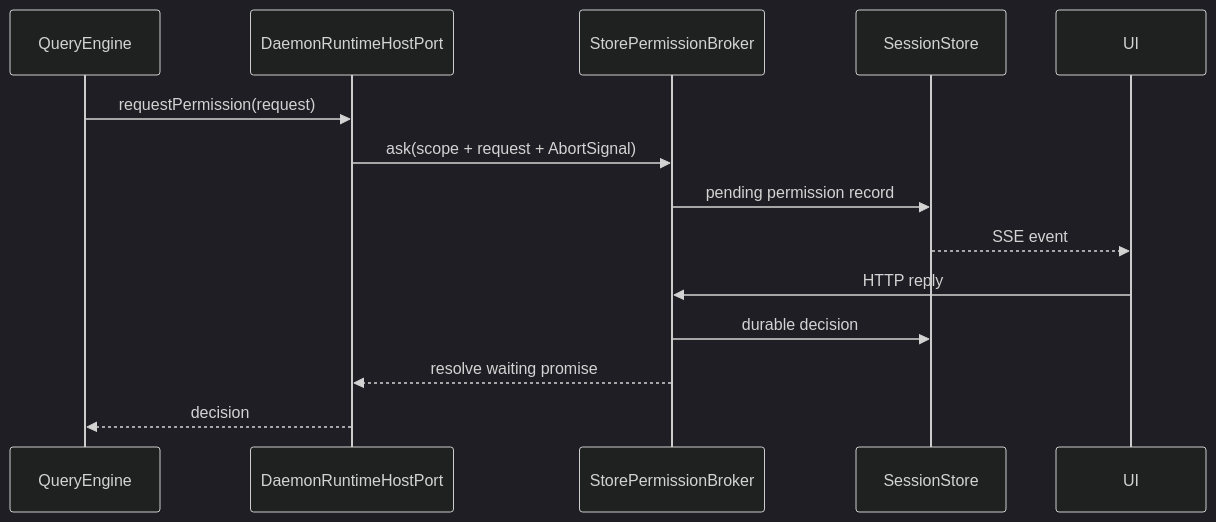
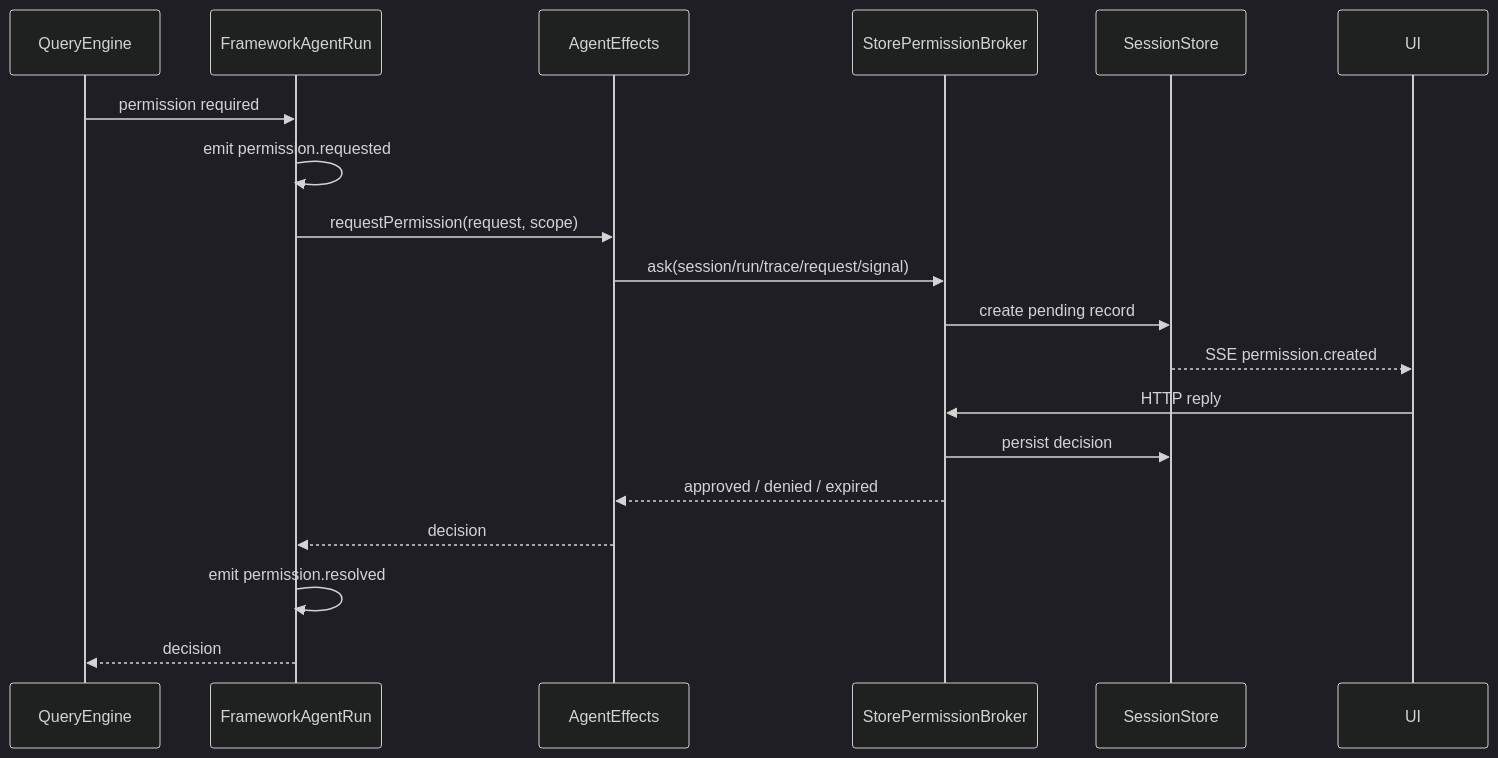
Before and after one commit to rzx007/openharness-ts: the diagram in docs/permission-flow.md, drawn with Mermaid (dark theme). The commit also changed other lines of this file and 9 other files, not shown here.

Commit message:
docs: publish agent events effects runtime architecture

````diff
--- a/docs/permission-flow.md
+++ b/docs/permission-flow.md
@@ -22,17 +35,22 @@
 ```mermaid
 sequenceDiagram
   participant QE as QueryEngine
-  participant H as DaemonRuntimeHostPort
-  participant B as StorePermissionBroker
-  participant S as SessionStore
-  participant U as UI
+  participant Run as FrameworkAgentRun
+  participant FX as AgentEffects
+  participant Broker as StorePermissionBroker
+  participant Store as SessionStore
+  participant UI
 
-  QE->>H: requestPermission(request)
-  H->>B: ask(scope + request + AbortSignal)
-  B->>S: pending permission record
-  S-->>U: SSE event
-  U->>B: HTTP reply
-  B->>S: durable decision
-  B-->>H: resolve waiting promise
-  H-->>QE: decision
+  QE->>Run: permission required
+  Run->>Run: emit permission.requested
+  Run->>FX: requestPermission(request, scope)
+  FX->>Broker: ask(session/run/trace/request/signal)
+  Broker->>Store: create pending record
+  Store-->>UI: SSE permission.created
+  UI->>Broker: HTTP reply
+  Broker->>Store: persist decision
+  Broker-->>FX: approved / denied / expired
+  FX-->>Run: decision
+  Run->>Run: emit permission.resolved
+  Run-->>QE: decision
 ```
````
